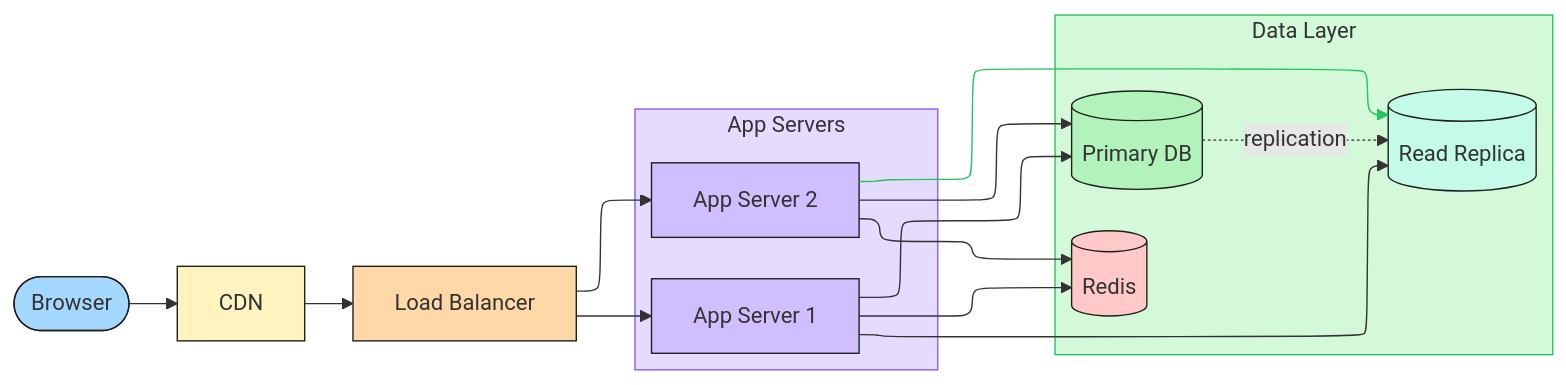
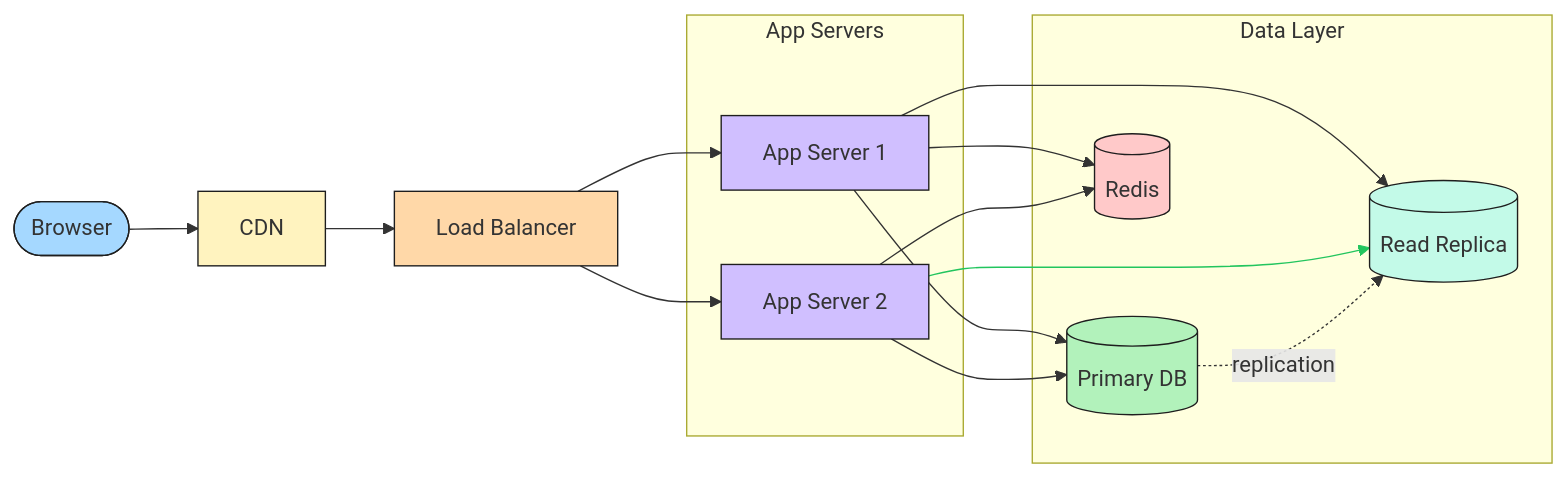
Before and after one commit to esciara/gascity: the second of 4 diagrams in docs/diagrams-comparison/index.mdx, drawn with Mermaid. The commit also changed other lines of this file, not shown here.

First line of the commit message:
docs(diagrams): remove ELK renderer — breaks Mermaid flowcharts with subgraphs

````diff
--- a/docs/diagrams-comparison/index.mdx
+++ b/docs/diagrams-comparison/index.mdx
@@ -54,37 +53,33 @@
 ```mermaid
-%%{init: {'flowchart': {'defaultRenderer': 'elk'}}}%%
 flowchart LR
   browser([Browser]) --> cdn[CDN]
   cdn --> lb[Load Balancer]
   subgraph apps[App Servers]
     app1[App Server 1]
     app2[App Server 2]
   end
   lb --> app1
   lb --> app2
   subgraph data[Data Layer]
     db[(Primary DB)]
     replica[(Read Replica)]
     cache[(Redis)]
   end
   app1 --> db
   app1 --> replica
   app1 --> cache
   app2 --> db
   app2 --> replica
   app2 --> cache
   db -. replication .-> replica
 
   style browser fill:#a5d8ff,stroke:#1e1e1e
   style cdn fill:#fff3bf,stroke:#1e1e1e
   style lb fill:#ffd8a8,stroke:#1e1e1e
   style app1 fill:#d0bfff,stroke:#1e1e1e
   style app2 fill:#d0bfff,stroke:#1e1e1e
   style db fill:#b2f2bb,stroke:#1e1e1e
   style replica fill:#c3fae8,stroke:#1e1e1e
   style cache fill:#ffc9c9,stroke:#1e1e1e
-  style apps fill:#e5dbff,stroke:#8b5cf6
-  style data fill:#d3f9d8,stroke:#22c55e
-
   linkStyle 8 stroke:#22c55e
 ```
````
